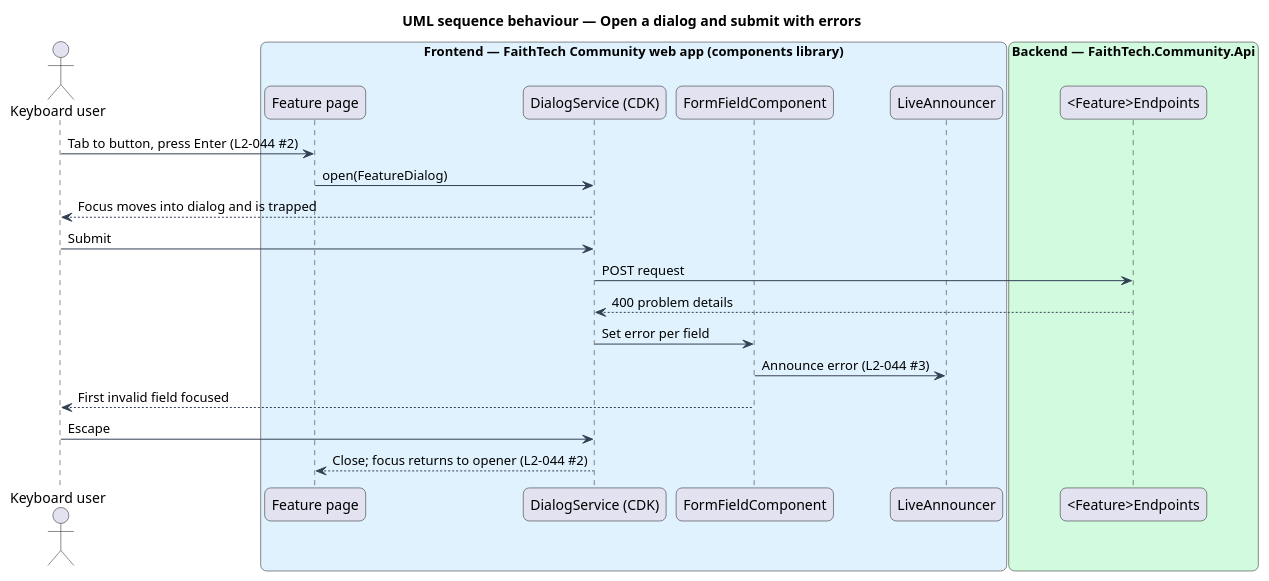
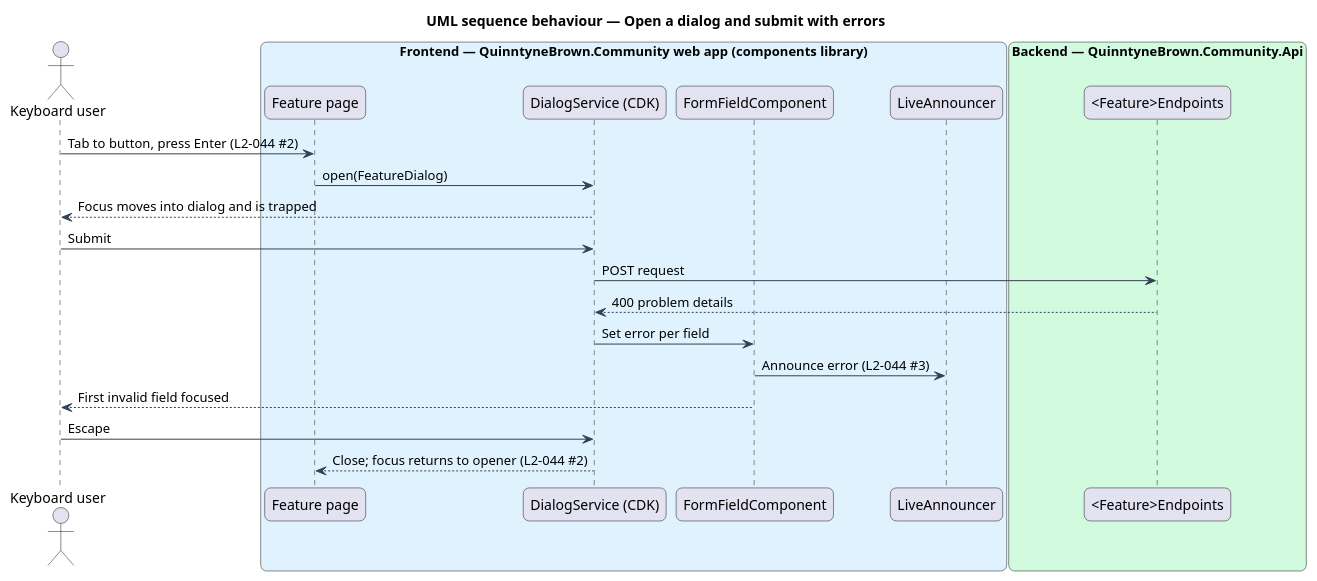
Before and after one commit to QuinntyneBrown/quinntyne-brown: the diagram in docs/detailed-designs/platform/accessibility/diagrams/sequence-dialog-and-errors.puml, drawn with PlantUML. The commit also changed 1957 other files, not shown here.

First line of the commit message:
Rebrand to QuinntyneBrown.Community

```diff
--- a/docs/detailed-designs/platform/accessibility/diagrams/sequence-dialog-and-errors.puml
+++ b/docs/detailed-designs/platform/accessibility/diagrams/sequence-dialog-and-errors.puml
@@ -1,38 +1,38 @@
 @startuml
 title UML sequence behaviour — Open a dialog and submit with errors
 skinparam backgroundColor #FFFFFF
 skinparam shadowing false
 skinparam roundcorner 12
 skinparam defaultFontName Arial
 skinparam ArrowColor #344054
 skinparam rectangle {
   BorderColor #344054
   FontColor #101828
 }
 skinparam package {
   BorderColor #667085
   FontColor #101828
   BackgroundColor #F9FAFB
 }
 actor "Keyboard user" as actor
-box "Frontend — FaithTech Community web app (components library)" #E0F2FE
+box "Frontend — QuinntyneBrown.Community web app (components library)" #E0F2FE
   participant "Feature page" as page
   participant "DialogService (CDK)" as dlg
   participant "FormFieldComponent" as ff
   participant "LiveAnnouncer" as live
 end box
-box "Backend — FaithTech.Community.Api" #D1FADF
+box "Backend — QuinntyneBrown.Community.Api" #D1FADF
   participant "<Feature>Endpoints" as ep
 end box
 actor -> page : Tab to button, press Enter (L2-044 #2)
 page -> dlg : open(FeatureDialog)
 dlg --> actor : Focus moves into dialog and is trapped
 actor -> dlg : Submit
 dlg -> ep : POST request
 ep --> dlg : 400 problem details
 dlg -> ff : Set error per field
 ff -> live : Announce error (L2-044 #3)
 ff --> actor : First invalid field focused
 actor -> dlg : Escape
 dlg --> page : Close; focus returns to opener (L2-044 #2)
 @enduml
```
